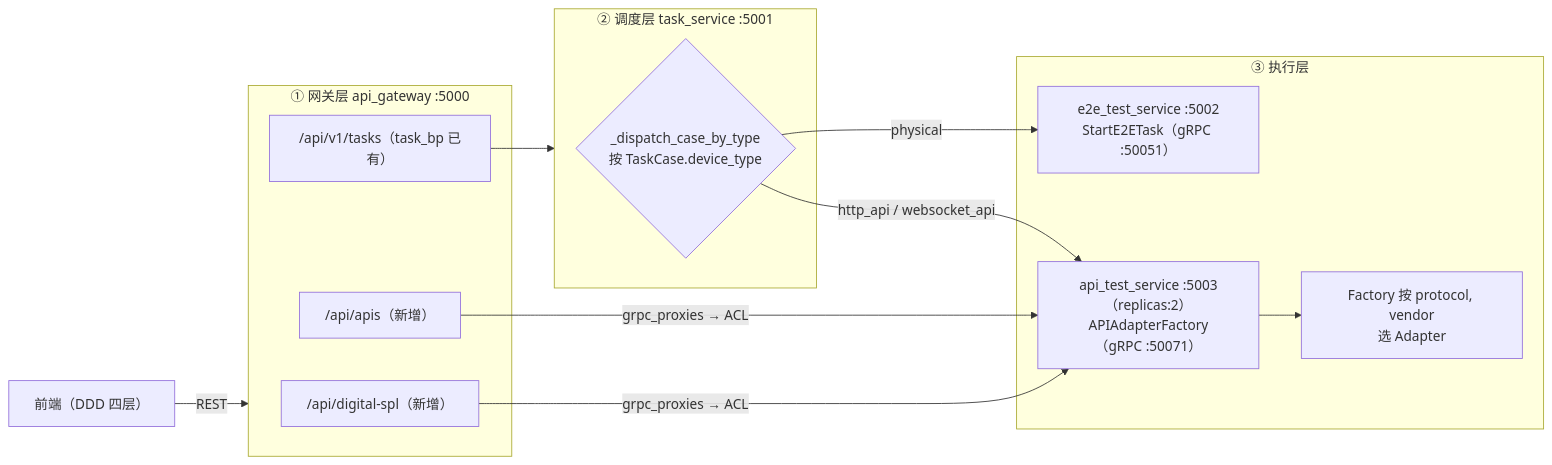
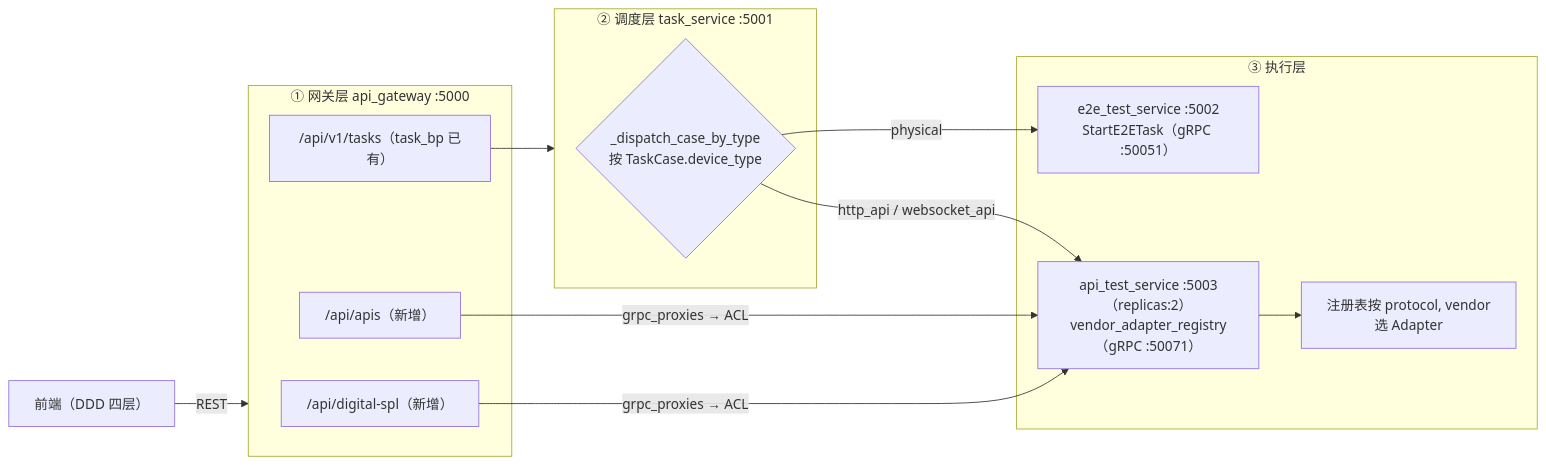
The first of 3 diagrams in Intelligent-Audio-TEST/doc/功能设计文档/01_测试执行/05_路由与废弃.md (ydz-auto/intelligent_audio_test), drawn with Mermaid before and after one commit. The commit also changed other lines of this file and 23 other files, not shown here.

````diff
--- a/Intelligent-Audio-TEST/doc/功能设计文档/01_测试执行/05_路由与废弃.md
+++ b/Intelligent-Audio-TEST/doc/功能设计文档/01_测试执行/05_路由与废弃.md
@@ -21,23 +21,23 @@
 ```mermaid
 flowchart LR
     FE["前端（DDD 四层）"] -->|REST| GW
     subgraph GW["① 网关层 api_gateway :5000"]
         DSP["/api/digital-spl（新增）"]
         APIS["/api/apis（新增）"]
         TASK["/api/v1/tasks（task_bp 已有）"]
     end
     subgraph TS["② 调度层 task_service :5001"]
         D{"_dispatch_case_by_type<br/>按 TaskCase.device_type"}
     end
     subgraph EX["③ 执行层"]
         E2E["e2e_test_service :5002<br/>StartE2ETask（gRPC :50051）"]
-        APISVC["api_test_service :5003（replicas:2）<br/>APIAdapterFactory（gRPC :50071）"]
-        F["Factory 按 protocol, vendor<br/>选 Adapter"]
+        APISVC["api_test_service :5003（replicas:2）<br/>vendor_adapter_registry（gRPC :50071）"]
+        F["注册表按 protocol, vendor<br/>选 Adapter"]
     end
     DSP -->|"grpc_proxies → ACL"| APISVC
     APIS -->|"grpc_proxies → ACL"| APISVC
     TASK --> TS
     D -->|"physical"| E2E
     D -->|"http_api / websocket_api"| APISVC
     APISVC --> F
 ```
````
